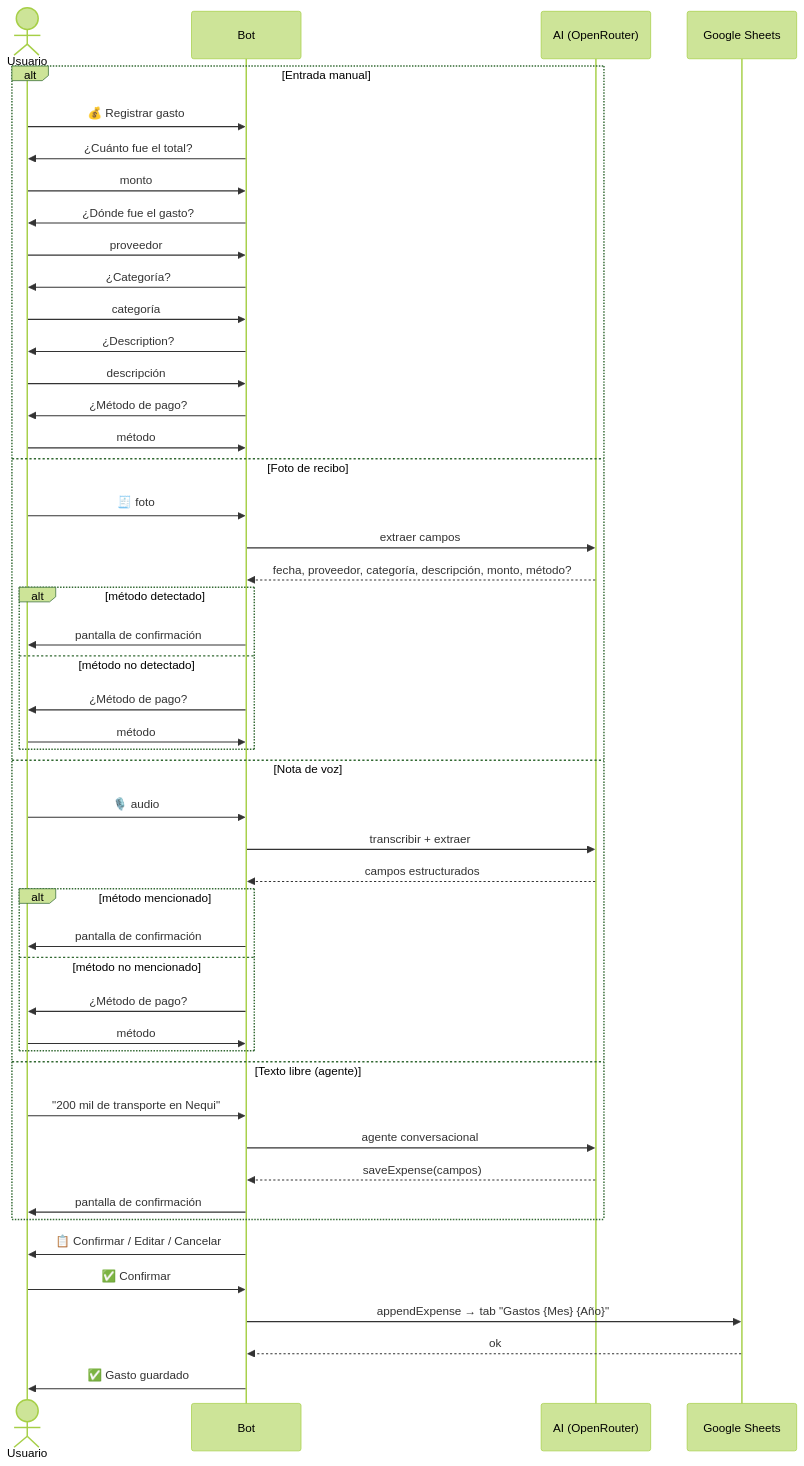
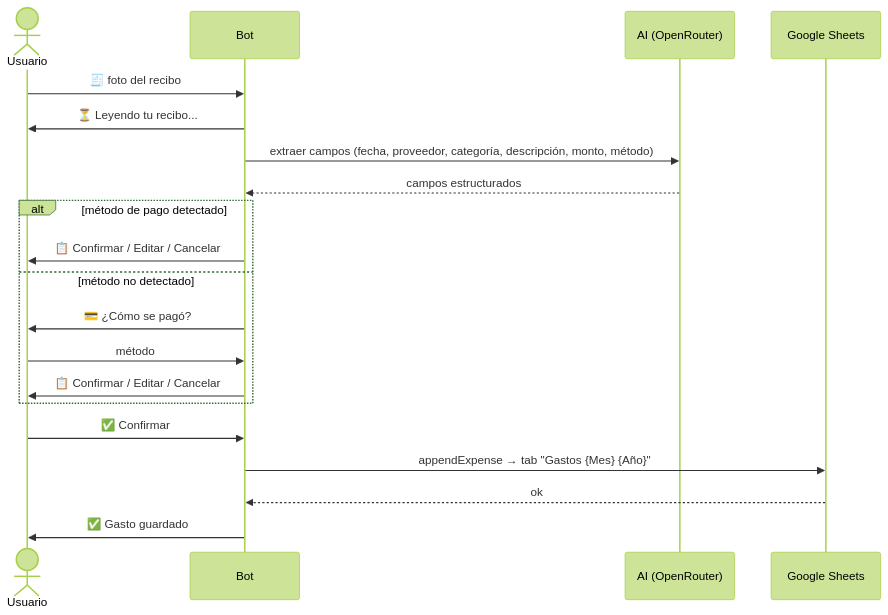
One commit to RookieCol/expense-bot changed the diagram in README.md. Above: the diagram before and after it, drawn with Mermaid (forest theme).

Commit message:
docs(readme): simplify flow diagram to receipt-only scenario

````diff
--- a/README.md
+++ b/README.md
@@ -159,52 +159,25 @@
 ```mermaid
 sequenceDiagram
     actor U as Usuario
     participant B as Bot
     participant AI as AI (OpenRouter)
     participant S as Google Sheets
 
-    alt Entrada manual
-        U->>B: 💰 Registrar gasto
-        B->>U: ¿Cuánto fue el total?
-        U->>B: monto
-        B->>U: ¿Dónde fue el gasto?
-        U->>B: proveedor
-        B->>U: ¿Categoría?
-        U->>B: categoría
-        B->>U: ¿Description?
-        U->>B: descripción
-        B->>U: ¿Método de pago?
+    U->>B: 🧾 foto del recibo
+    B->>U: ⏳ Leyendo tu recibo...
+    B->>AI: extraer campos (fecha, proveedor, categoría, descripción, monto, método)
+    AI-->>B: campos estructurados
+
+    alt método de pago detectado
+        B->>U: 📋 Confirmar / Editar / Cancelar
+    else método no detectado
+        B->>U: 💳 ¿Cómo se pagó?
         U->>B: método
-    else Foto de recibo
-        U->>B: 🧾 foto
-        B->>AI: extraer campos
-        AI-->>B: fecha, proveedor, categoría, descripción, monto, método?
-        alt método detectado
-            B->>U: pantalla de confirmación
-        else método no detectado
-            B->>U: ¿Método de pago?
-            U->>B: método
-        end
-    else Nota de voz
-        U->>B: 🎙️ audio
-        B->>AI: transcribir + extraer
-        AI-->>B: campos estructurados
-        alt método mencionado
-            B->>U: pantalla de confirmación
-        else método no mencionado
-            B->>U: ¿Método de pago?
-            U->>B: método
-        end
-    else Texto libre (agente)
-        U->>B: "200 mil de transporte en Nequi"
-        B->>AI: agente conversacional
-        AI-->>B: saveExpense(campos)
-        B->>U: pantalla de confirmación
+        B->>U: 📋 Confirmar / Editar / Cancelar
     end
 
-    B->>U: 📋 Confirmar / Editar / Cancelar
     U->>B: ✅ Confirmar
     B->>S: appendExpense → tab "Gastos {Mes} {Año}"
     S-->>B: ok
     B->>U: ✅ Gasto guardado
 ```
````
